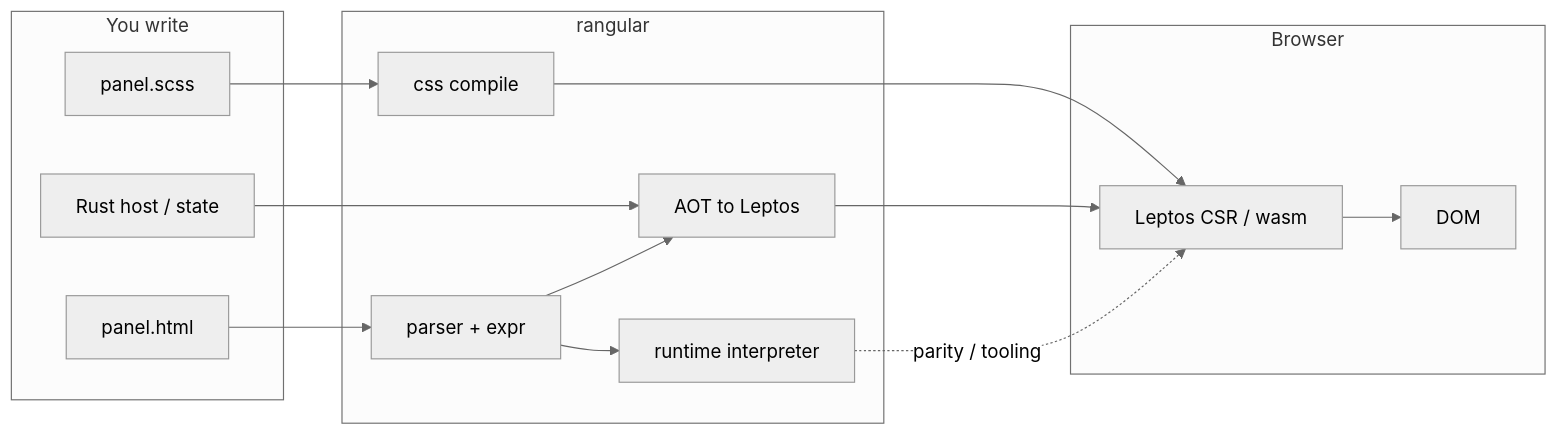
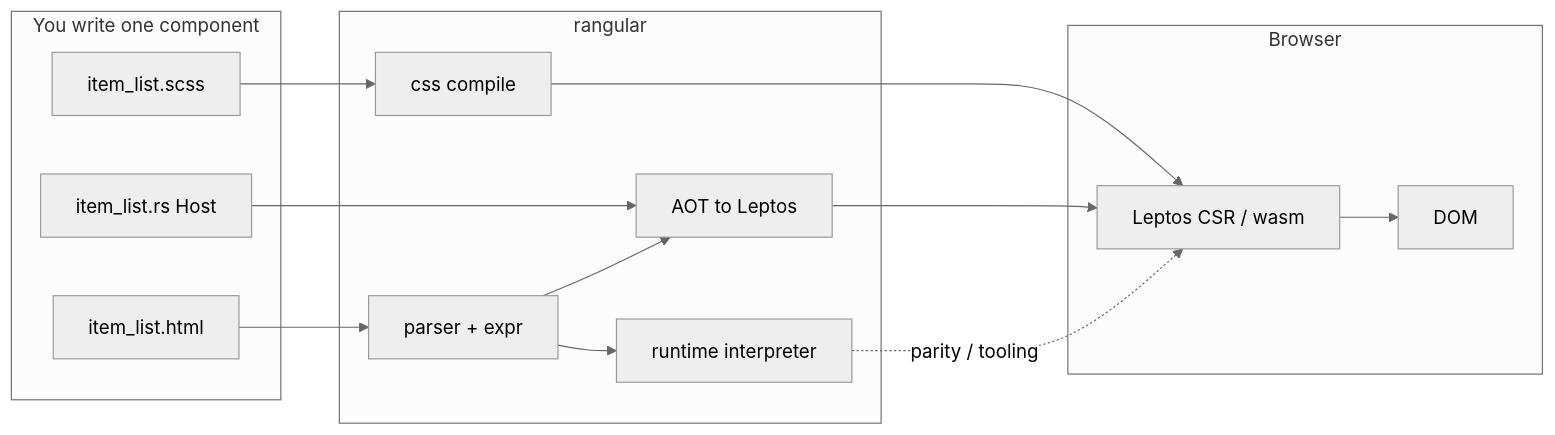
One commit to Interchouette-ITC/rangular changed the first of 2 diagrams in README.md. Above: the diagram before and after it, drawn with Mermaid (neutral theme). The commit also changed other lines of this file and 6 other files, not shown here.

````diff
--- a/README.md
+++ b/README.md
@@ -28,30 +28,30 @@
 ```mermaid
 flowchart LR
-  subgraph author [You write]
-    html["panel.html"]
-    scss["panel.scss"]
-    rust["Rust host / state"]
+  subgraph author [You write one component]
+    html["item_list.html"]
+    scss["item_list.scss"]
+    rust["item_list.rs Host"]
   end
 
   subgraph rangular [rangular]
     parse[parser + expr]
     css[css compile]
     aot[AOT to Leptos]
     runtime[runtime interpreter]
   end
 
   subgraph out [Browser]
     leptos[Leptos CSR / wasm]
     dom[DOM]
   end
 
   html --> parse
   scss --> css
   rust --> aot
   parse --> aot
   css --> leptos
   aot --> leptos
   parse --> runtime
   runtime -.->|parity / tooling| leptos
   leptos --> dom
 ```
````
